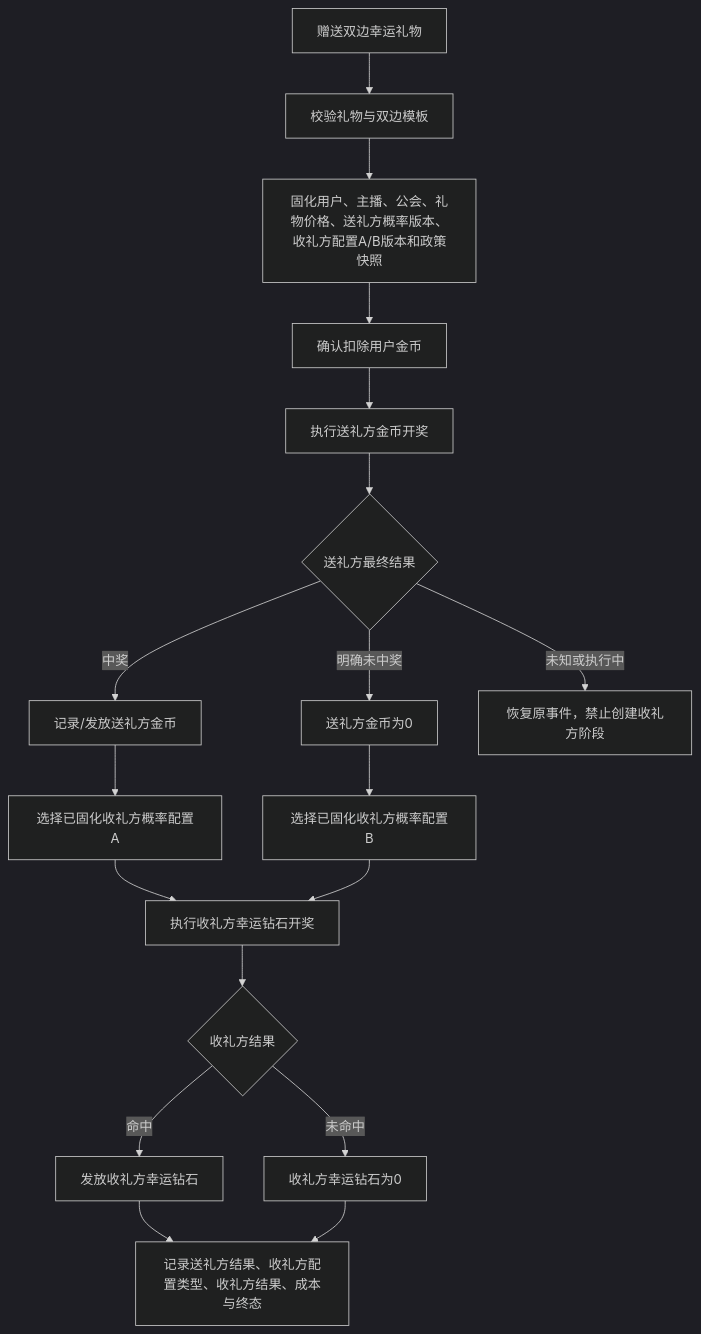
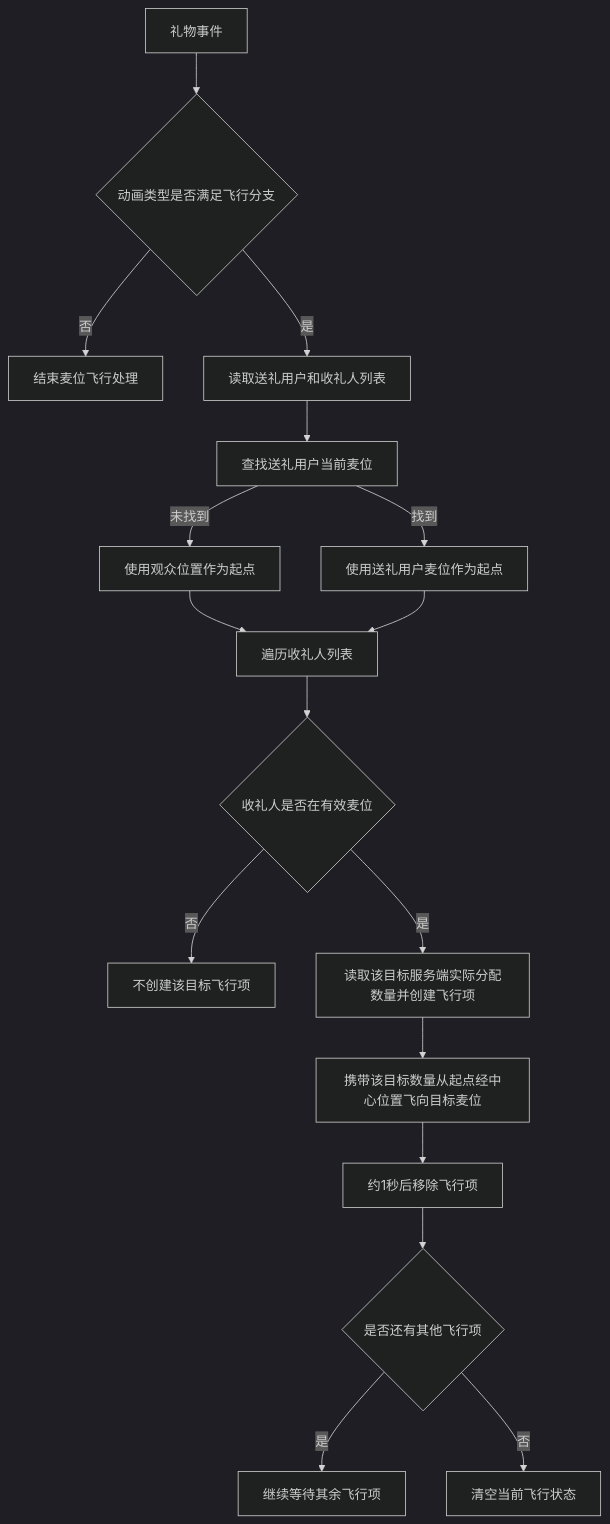
Before and after one commit to kocekid/LuckGift1.0: the tenth of 10 diagrams in 幸运礼物1.0_核心逻辑需求文档.md, drawn with Mermaid (dark theme). The commit also changed other lines of this file and 4 other files, not shown here.

````diff
--- a/幸运礼物1.0_核心逻辑需求文档.md
+++ b/幸运礼物1.0_核心逻辑需求文档.md
@@ -448,20 +971,19 @@
 ```mermaid
 flowchart TD
-    A[赠送双边幸运礼物] --> B[校验礼物与双边模板]
-    B --> C[固化用户、主播、公会、礼物价格、送礼方概率版本、收礼方配置A/B版本和政策快照]
-    C --> D[确认扣除用户金币]
-    D --> E[执行送礼方金币开奖]
-    E --> F{送礼方最终结果}
-    F -->|中奖| G[记录/发放送礼方金币]
-    F -->|明确未中奖| H[送礼方金币为0]
-    F -->|未知或执行中| I[恢复原事件，禁止创建收礼方阶段]
-    G --> J[选择已固化收礼方概率配置A]
-    H --> K[选择已固化收礼方概率配置B]
-    J --> L[执行收礼方幸运钻石开奖]
-    K --> L
-    L --> M{收礼方结果}
-    M -->|命中| N[发放收礼方幸运钻石]
-    M -->|未命中| O[收礼方幸运钻石为0]
-    N --> P[记录送礼方结果、收礼方配置类型、收礼方结果、成本与终态]
-    O --> P
+    A[礼物事件] --> B{动画类型是否满足飞行分支}
+    B -->|否| C[结束麦位飞行处理]
+    B -->|是| D[读取送礼用户和收礼人列表]
+    D --> E[查找送礼用户当前麦位]
+    E -->|未找到| F[使用观众位置作为起点]
+    E -->|找到| G[使用送礼用户麦位作为起点]
+    F --> H[遍历收礼人列表]
+    G --> H
+    H --> I{收礼人是否在有效麦位}
+    I -->|否| J[不创建该目标飞行项]
+    I -->|是| K[读取该目标服务端实际分配数量并创建飞行项]
+    K --> L[携带该目标数量从起点经中心位置飞向目标麦位]
+    L --> M[约1秒后移除飞行项]
+    M --> N{是否还有其他飞行项}
+    N -->|是| O[继续等待其余飞行项]
+    N -->|否| P[清空当前飞行状态]
 ```
````
